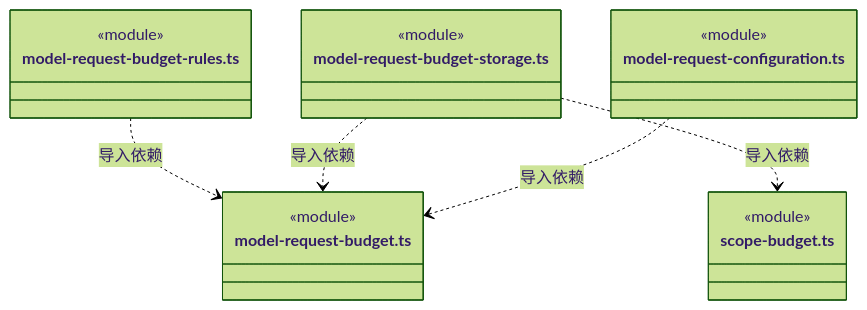
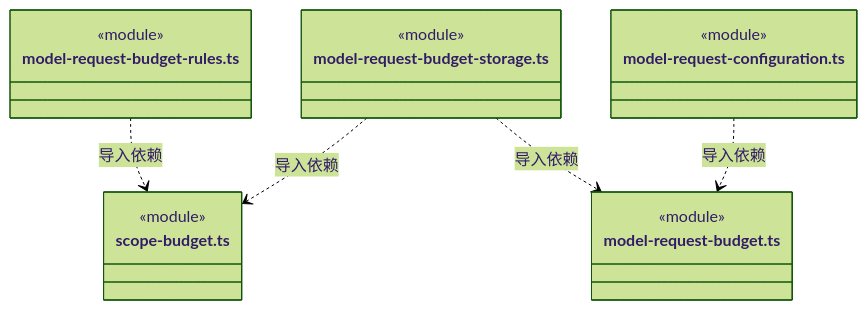
One commit to nan023062/cbim changed diagram 18 of 19 in src/logic/budget/rules/ARCHITECTURE.md. Above: the diagram before and after it, drawn with Mermaid (forest theme). The commit also changed other lines of this file and 112 other files, not shown here.

Commit message:
docs: align source architecture with current declarations and contracts

````diff
--- a/src/logic/budget/rules/ARCHITECTURE.md
+++ b/src/logic/budget/rules/ARCHITECTURE.md
@@ -457,22 +454,22 @@
 ```mermaid
 classDiagram
 class N_src_logic_budget_rules_model_request_budget_rules_ts["model-request-budget-rules.ts"] {
   <<module>>
 }
-class N_src_logic_budget_rules_model_request_budget_ts["model-request-budget.ts"] {
+class N_src_logic_budget_rules_scope_budget_ts["scope-budget.ts"] {
   <<module>>
 }
 class N_src_logic_budget_rules_model_request_budget_storage_ts["model-request-budget-storage.ts"] {
   <<module>>
 }
-class N_src_logic_budget_rules_scope_budget_ts["scope-budget.ts"] {
+class N_src_logic_budget_rules_model_request_budget_ts["model-request-budget.ts"] {
   <<module>>
 }
 class N_src_logic_budget_rules_model_request_configuration_ts["model-request-configuration.ts"] {
   <<module>>
 }
-N_src_logic_budget_rules_model_request_budget_rules_ts ..> N_src_logic_budget_rules_model_request_budget_ts : 导入依赖
+N_src_logic_budget_rules_model_request_budget_rules_ts ..> N_src_logic_budget_rules_scope_budget_ts : 导入依赖
+N_src_logic_budget_rules_model_request_budget_storage_ts ..> N_src_logic_budget_rules_model_request_budget_ts : 导入依赖
 N_src_logic_budget_rules_model_request_budget_storage_ts ..> N_src_logic_budget_rules_scope_budget_ts : 导入依赖
-N_src_logic_budget_rules_model_request_budget_storage_ts ..> N_src_logic_budget_rules_model_request_budget_ts : 导入依赖
 N_src_logic_budget_rules_model_request_configuration_ts ..> N_src_logic_budget_rules_model_request_budget_ts : 导入依赖
 ```
````
